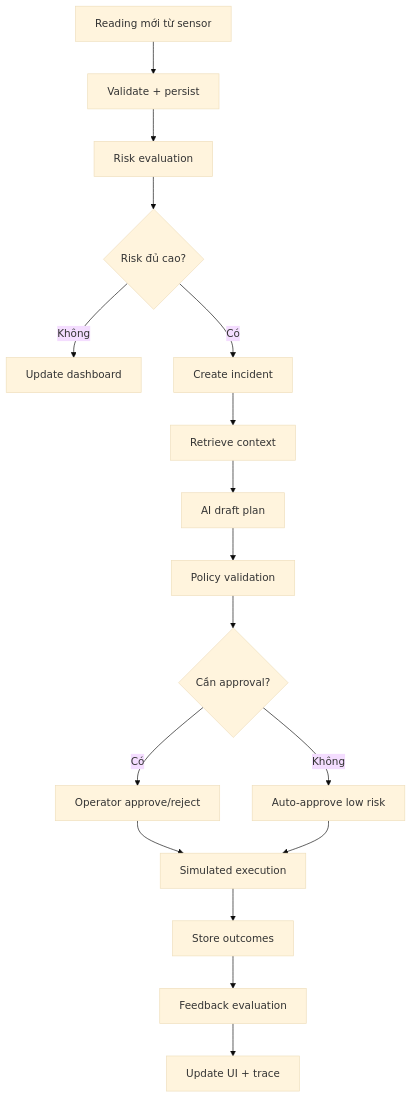
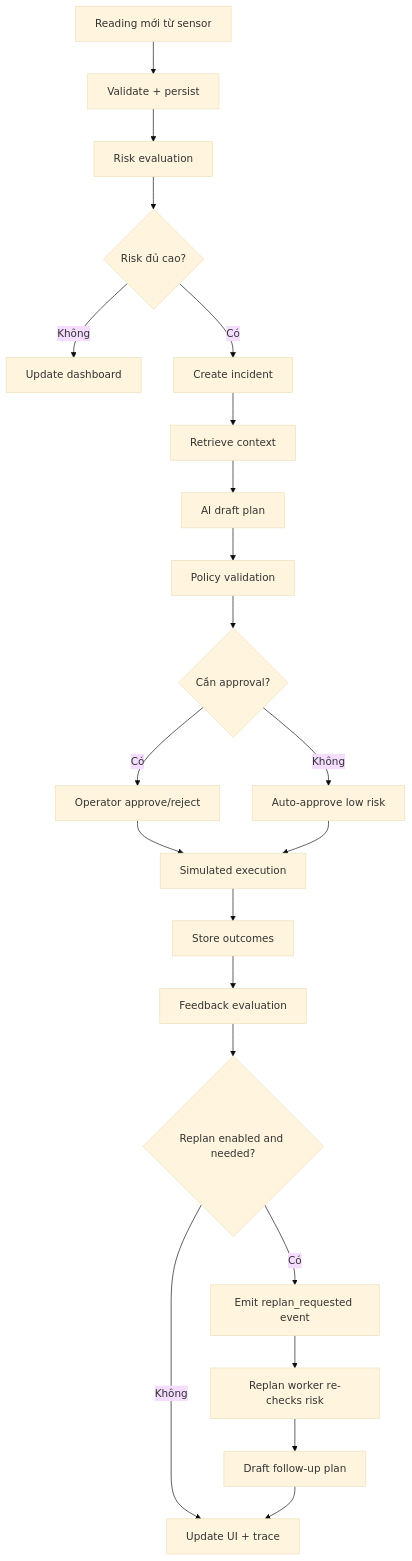
One commit to coquach/Mekong-SALT changed the second of 5 diagrams in README.md. Above: the diagram before and after it, drawn with Mermaid (base theme). The commit also changed other lines of this file and 50 other files, not shown here.

````diff
--- a/README.md
+++ b/README.md
@@ -200,19 +201,24 @@
 ```mermaid
 flowchart TD
     A[Reading mới từ sensor] --> B[Validate + persist]
     B --> C[Risk evaluation]
     C --> D{Risk đủ cao?}
     D -- Không --> E[Update dashboard]
     D -- Có --> F[Create incident]
     F --> G[Retrieve context]
     G --> H[AI draft plan]
     H --> I[Policy validation]
     I --> J{Cần approval?}
     J -- Có --> K[Operator approve/reject]
     J -- Không --> L[Auto-approve low risk]
     K --> M[Simulated execution]
     L --> M
     M --> N[Store outcomes]
     N --> O[Feedback evaluation]
-    O --> P[Update UI + trace]
+    O --> P{Replan enabled and needed?}
+    P -- Không --> Q[Update UI + trace]
+    P -- Có --> R[Emit replan_requested event]
+    R --> S[Replan worker re-checks risk]
+    S --> T[Draft follow-up plan]
+    T --> Q
 ```
````
